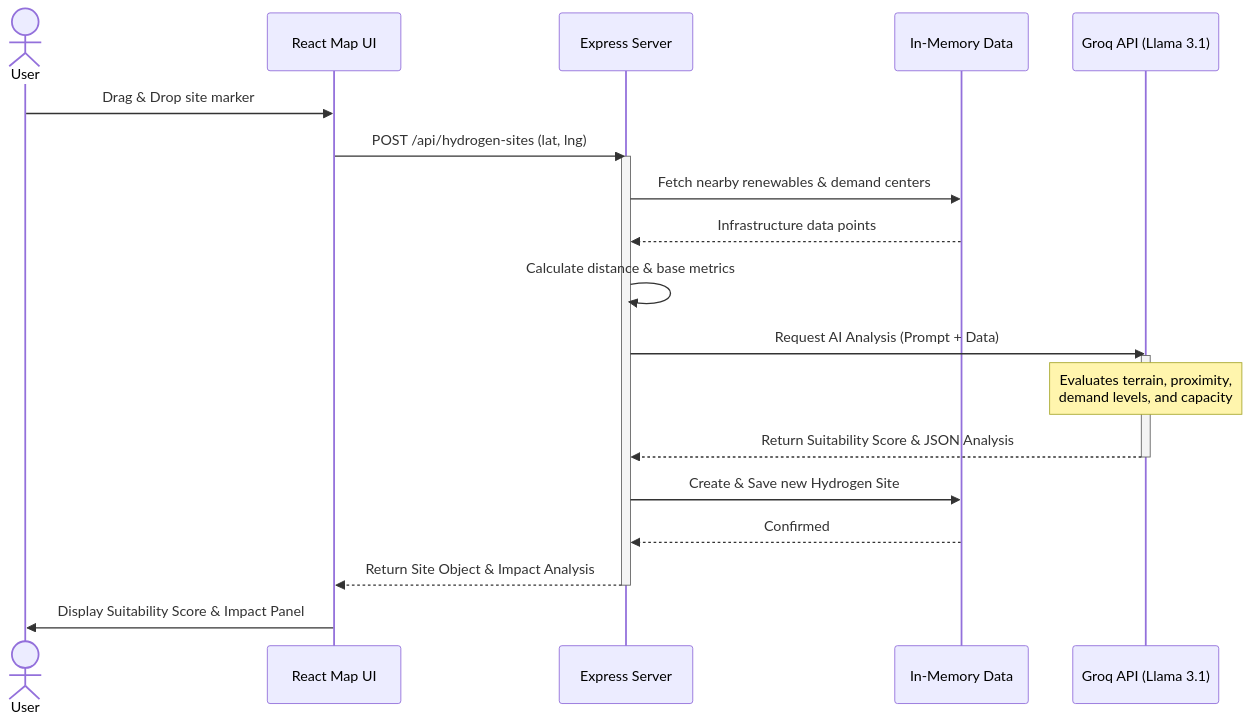
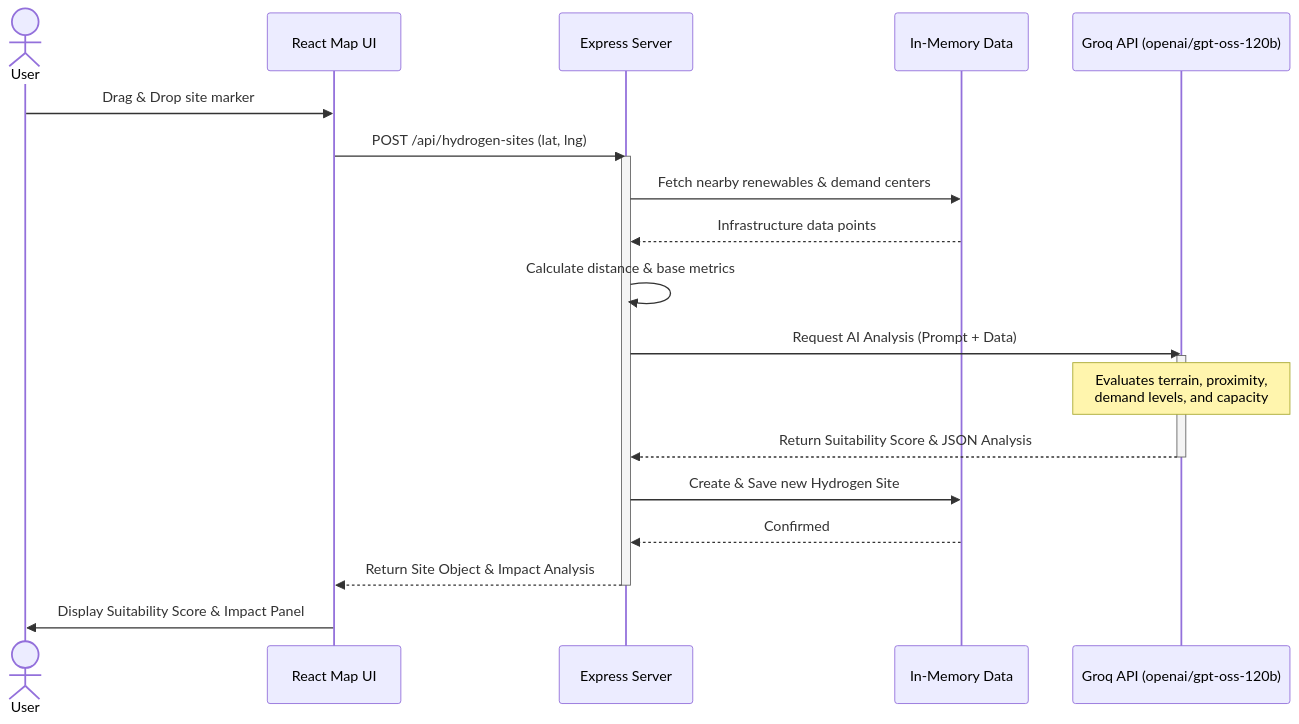
One commit to Patel-Priyank-1602/InfraVision changed the diagram in README.md. Above: the diagram before and after it, drawn with Mermaid. The commit also changed other lines of this file and 1 other file, not shown here.

Commit message:
Groq GPT model change

````diff
--- a/README.md
+++ b/README.md
@@ -123,31 +123,31 @@
 ```mermaid
 sequenceDiagram
     actor User
     participant Frontend as React Map UI
     participant Backend as Express Server
     participant Storage as In-Memory Data
-    participant Groq as Groq API (Llama 3.1)
+    participant Groq as Groq API (openai/gpt-oss-120b)
 
     User->>Frontend: Drag & Drop site marker
     Frontend->>Backend: POST /api/hydrogen-sites (lat, lng)
     
     activate Backend
     Backend->>Storage: Fetch nearby renewables & demand centers
     Storage-->>Backend: Infrastructure data points
     
     Backend->>Backend: Calculate distance & base metrics
     
     Backend->>Groq: Request AI Analysis (Prompt + Data)
     activate Groq
     Note over Groq: Evaluates terrain, proximity,<br/>demand levels, and capacity
     Groq-->>Backend: Return Suitability Score & JSON Analysis
     deactivate Groq
     
     Backend->>Storage: Create & Save new Hydrogen Site
     Storage-->>Backend: Confirmed
     
     Backend-->>Frontend: Return Site Object & Impact Analysis
     deactivate Backend
     
     Frontend->>User: Display Suitability Score & Impact Panel
 ```
````
